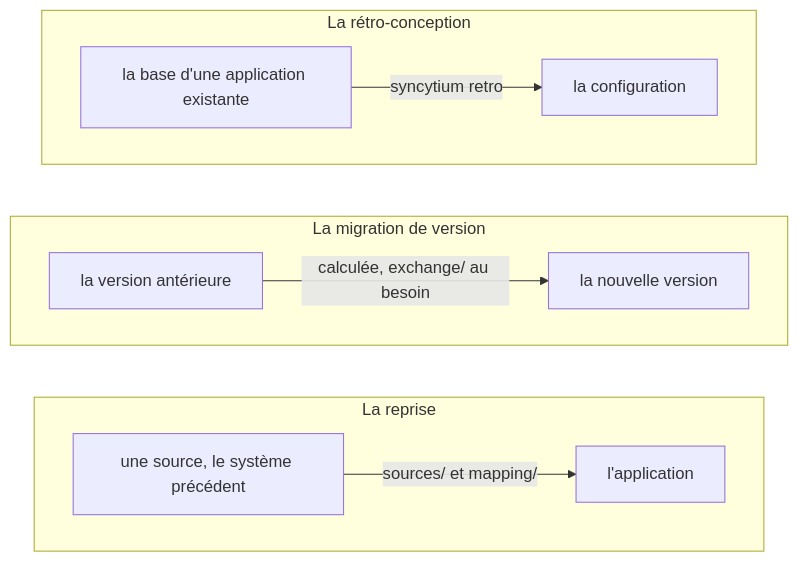
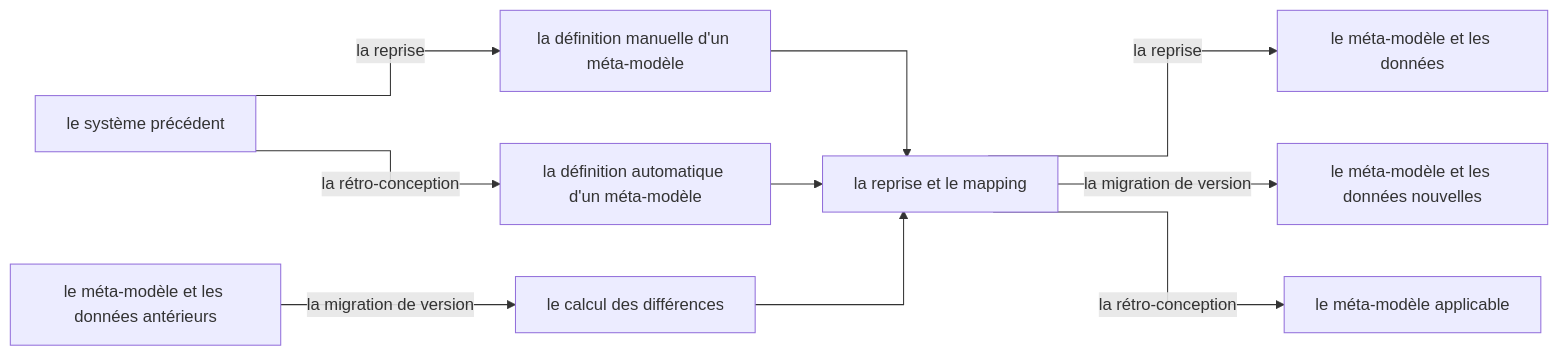
Before and after one commit to AymericLesert/Syncytium: the diagram in docs/syncytium/08-migration/README.md, drawn with Mermaid. The commit also changed other lines of this file and 2 other files, not shown here.

Commit message:
D2037 — les trois usages : le tableau, un seul schéma où ils se rejoignent, l'entrepôt

````diff
--- a/docs/syncytium/08-migration/README.md
+++ b/docs/syncytium/08-migration/README.md
@@ -73,16 +83,22 @@
 ```mermaid
 %%{init: {"flowchart": {"curve": "stepAfter"}}}%%
 flowchart LR
-    subgraph R["La reprise"]
-        direction LR
-        S["une source, le système précédent"] -- "sources/ et mapping/" --> A["l'application"]
-    end
-    subgraph V["La migration de version"]
-        direction LR
-        V0["la version antérieure"] -- "calculée, exchange/ au besoin" --> V1["la nouvelle version"]
-    end
-    subgraph X["La rétro-conception"]
-        direction LR
-        B["la base d'une application existante"] -- "syncytium retro" --> C["la configuration"]
-    end
+    SP["le système précédent"]
+    MA["le méta-modèle et les données antérieurs"]
+    DM["la définition manuelle d'un méta-modèle"]
+    CD["le calcul des différences"]
+    DA["la définition automatique d'un méta-modèle"]
+    RM["la reprise et le mapping"]
+    R1["le méta-modèle et les données"]
+    R2["le méta-modèle et les données nouvelles"]
+    R3["le méta-modèle applicable"]
+    SP -- "la reprise" --> DM
+    MA -- "la migration de version" --> CD
+    SP -- "la rétro-conception" --> DA
+    DM --> RM
+    CD --> RM
+    DA --> RM
+    RM -- "la reprise" --> R1
+    RM -- "la migration de version" --> R2
+    RM -- "la rétro-conception" --> R3
 ```
````
